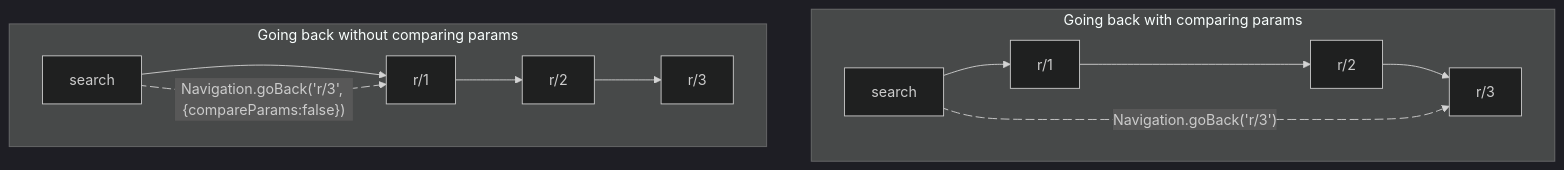
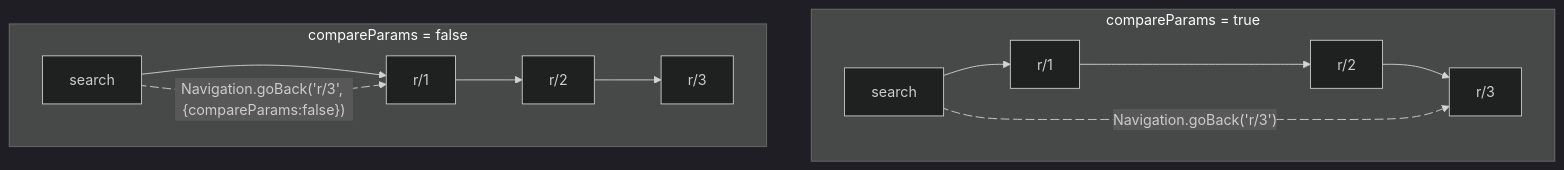
The diagram in contributingGuides/NAVIGATION.md (software-mansion-labs/expensify-app-fork), drawn with Mermaid (dark theme) before and after one commit. The commit also changed other lines of this file, not shown here.

````diff
--- a/contributingGuides/NAVIGATION.md
+++ b/contributingGuides/NAVIGATION.md
@@ -103,27 +113,27 @@
 ```mermaid
 flowchart TD
- subgraph subGraph0["Going back with comparing params"]
+ subgraph subGraph0["compareParams = true"]
         B2["r/1"]
         A2["search"]
         C2["r/2"]
         D2["r/3"]
   end
- subgraph subGraph1["Going back without comparing params"]
+ subgraph subGraph1["compareParams = false"]
         F2["r/1"]
         E2["search"]
         G2["r/2"]
         H2["r/3"]
   end
     A2 --> B2
     B2 --> C2
     C2 --> D2
     A2 L_A2_D2_0@-. "Navigation.goBack('r/3')" .-> D2
     E2 --> F2
     F2 --> G2
     G2 --> H2
     E2 L_E2_F2_2@-. "Navigation.goBack('r/3', {compareParams:false})" .-> F2
 
 
     L_A2_D2_0@{ animation: fast } 
     L_E2_F2_2@{ animation: fast } 
 ```
````
